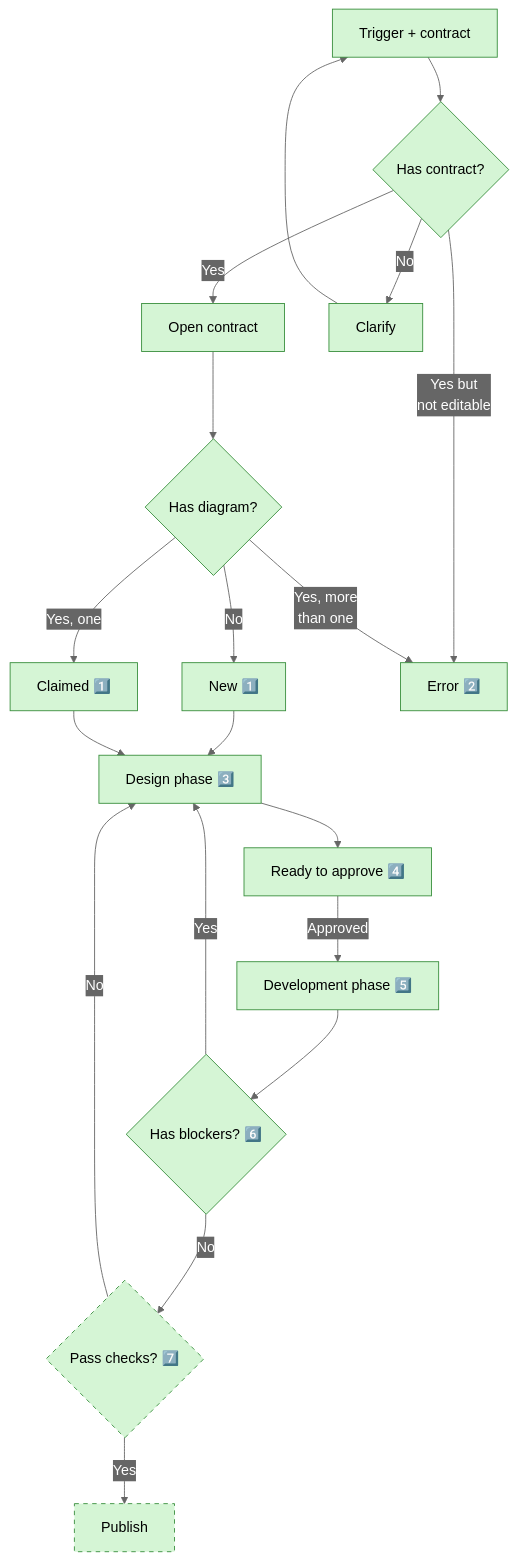
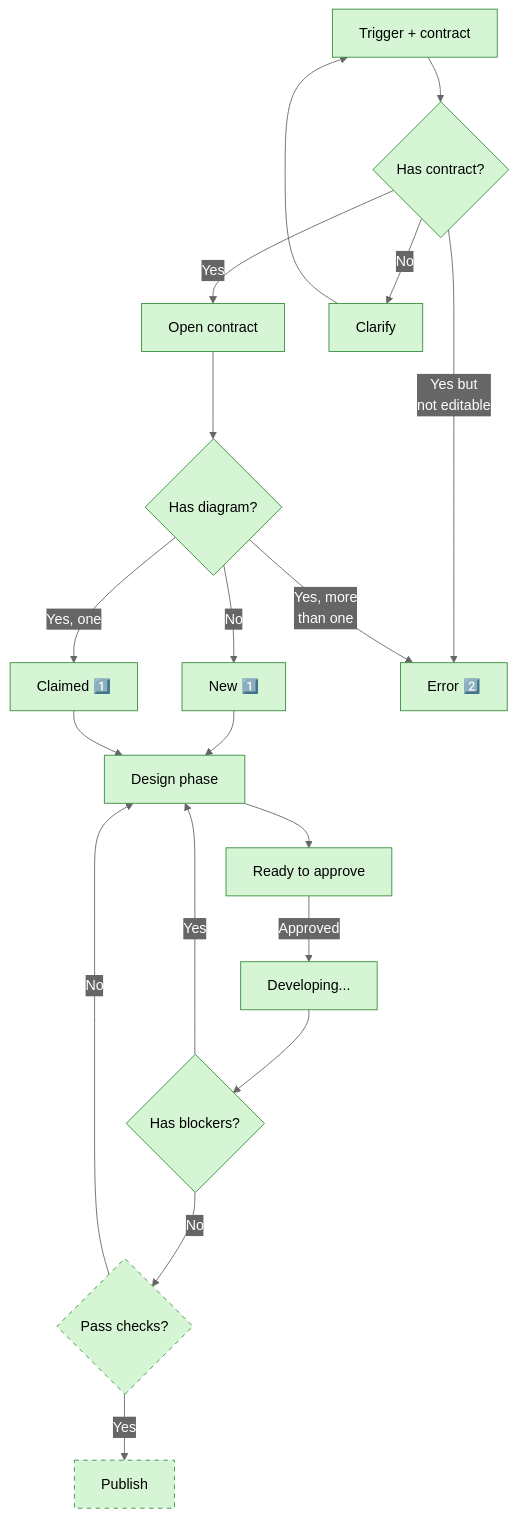
One commit to nonlinear/skills changed the diagram in contract-diagram/SKILL.md. Above: the diagram before and after it, drawn with Mermaid. The commit also changed 1 other file, not shown here.

Commit message:
Add 'Ready to check' phase + rename 'Development phase' → 'Developing...' + remove emoji orphans

````diff
--- a/contract-diagram/SKILL.md
+++ b/contract-diagram/SKILL.md
@@ -28,50 +28,50 @@
 ```mermaid
 %%{init: {'theme':'base','themeVariables':{"primaryColor":"#4A90E2","primaryTextColor":"#fff","primaryBorderColor":"#2E5C8A","lineColor":"#666","secondaryColor":"#50E3C2","tertiaryColor":"#FFD700","edgeLabelBackground":"#666"},'flowchart':{"nodeSpacing":50,"rankSpacing":50,"padding":15,"curve":"basis"}}}%%
 flowchart TD
     TRIGGER["Trigger + contract"]
     CHECK_CONTRACT{"Has contract?"}
     OPEN["Open contract"]
     CLARIFY["Clarify"]
     CHECK_DIAGRAM{"Has diagram?"}
     CREATE["New 1️⃣"]
     CLAIM["Claimed 1️⃣"]
     ERROR["Error 2️⃣"]
     
-    DESIGN["Design phase 3️⃣"]
-    SIGNOFF["Ready to approve 4️⃣"]
-    DEVELOPMENT["Development phase 5️⃣"]
-    BLOCKERS{"Has blockers? 6️⃣"}
-    TESTS{"Pass checks? 7️⃣"}
+    DESIGN["Design phase"]
+    SIGNOFF["Ready to approve"]
+    DEVELOPMENT["Developing..."]
+    BLOCKERS{"Has blockers?"}
+    TESTS{"Pass checks?"}
     PUBLISH["Publish"]
     
     TRIGGER --> CHECK_CONTRACT
     CHECK_CONTRACT -->|Yes| OPEN
     CHECK_CONTRACT -->|Yes but<br/>not editable| ERROR
     CHECK_CONTRACT -->|No| CLARIFY
     CLARIFY --> TRIGGER
     
     OPEN --> CHECK_DIAGRAM
     CHECK_DIAGRAM -->|Yes, more<br/>than one| ERROR
     CHECK_DIAGRAM -->|Yes, one| CLAIM
     CHECK_DIAGRAM -->|No| CREATE
     
     CREATE --> DESIGN
     CLAIM --> DESIGN
     DESIGN --> SIGNOFF
     SIGNOFF -->|Approved| DEVELOPMENT
     DEVELOPMENT --> BLOCKERS
     BLOCKERS -->|Yes| DESIGN
     BLOCKERS -->|No| TESTS
     TESTS -->|Yes| PUBLISH
     TESTS -->|No| DESIGN
     
     classDef default fill:#e0e0e0,stroke:#666,color:#000
     classDef approved fill:#FFF9C4,stroke:#F9A825,color:#000
     classDef developed fill:#D5F5D5,stroke:#388E3C,color:#000
     classDef blocker fill:#FFCDD2,stroke:#D32F2F,color:#000
     classDef developed-notes fill:#E3F2FD,stroke:#1976D2,color:#000
     classDef outside-system fill:#D5F5D5,stroke:#388E3C,stroke-dasharray:5 5,color:#000
     
     class CHECK_DIAGRAM,CREATE,CLAIM,ERROR,SIGNOFF,DESIGN,DEVELOPMENT,BLOCKERS,CHECK_CONTRACT,OPEN,CLARIFY,TRIGGER developed
     class PUBLISH,TESTS outside-system
 ```
````
